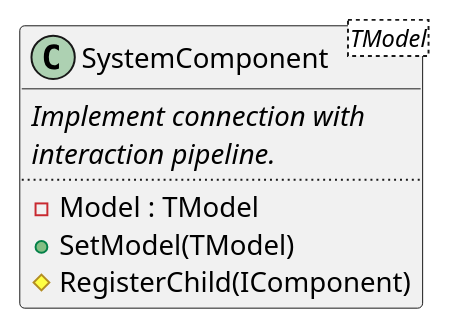
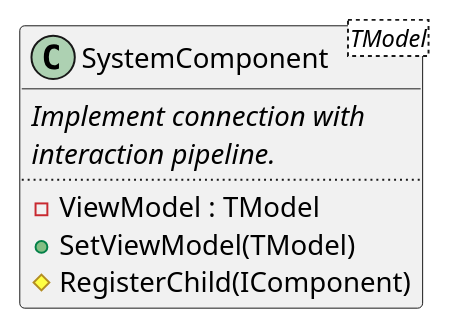
One commit to akobr/blazor.widgetised changed the sixth of 6 diagrams in docs/diagrams.puml. Above: the diagram before and after it, drawn with PlantUML. The commit also changed 2 other files, not shown here.

```diff
--- a/docs/diagrams.puml
+++ b/docs/diagrams.puml
@@ -146,12 +146,12 @@
 @startuml component-system
 
 class SystemComponent<TModel> {
     <i>Implement connection with</i>
     <i>interaction pipeline.</i>
     ..
-    -Model : TModel
-    +SetModel(TModel)
+    -ViewModel : TModel
+    +SetViewModel(TModel)
     #RegisterChild(IComponent)
 }
 
 @enduml
```
